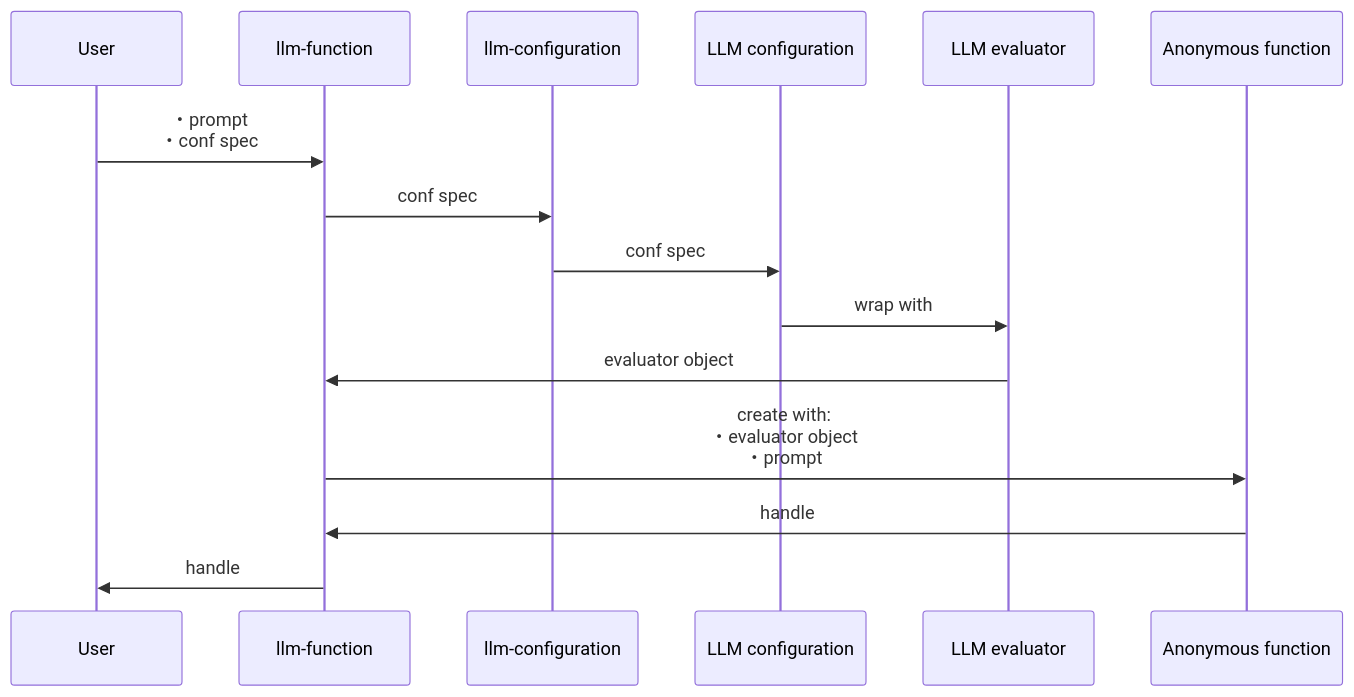
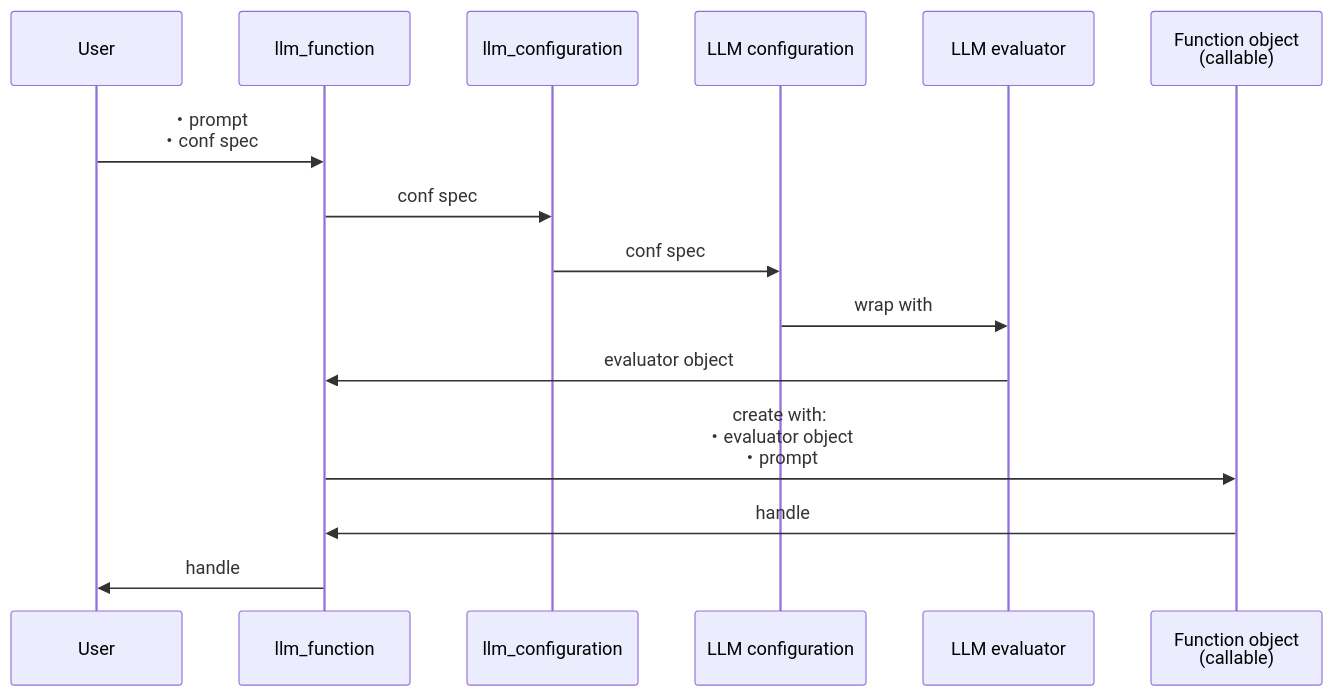
Before and after one commit to antononcube/Python-packages: the first of 2 diagrams in LLMFunctionObjects/README.md, drawn with Mermaid. The commit also changed other lines of this file and 1 other file, not shown here.

````diff
--- a/LLMFunctionObjects/README.md
+++ b/LLMFunctionObjects/README.md
@@ -60,17 +60,17 @@
 ```mermaid
 sequenceDiagram
   participant User
-  participant llmfunc as llm-function
-  participant llmconf as llm-configuration
+  participant llmfunc as llm_function
+  participant llmconf as llm_configuration
   participant LLMConf as LLM configuration
   participant LLMEval as LLM evaluator
-  participant AnonFunc as Anonymous function
+  participant AnonFunc as Function object<br/>(callable)
   User ->> llmfunc: ・prompt<br>・conf spec
   llmfunc ->> llmconf: conf spec
   llmconf ->> LLMConf: conf spec
   LLMConf ->> LLMEval: wrap with
   LLMEval ->> llmfunc: evaluator object
   llmfunc ->> AnonFunc:  create with:<br>・evaluator object<br>・prompt
   AnonFunc ->> llmfunc: handle
   llmfunc ->> User: handle
 ```
````
